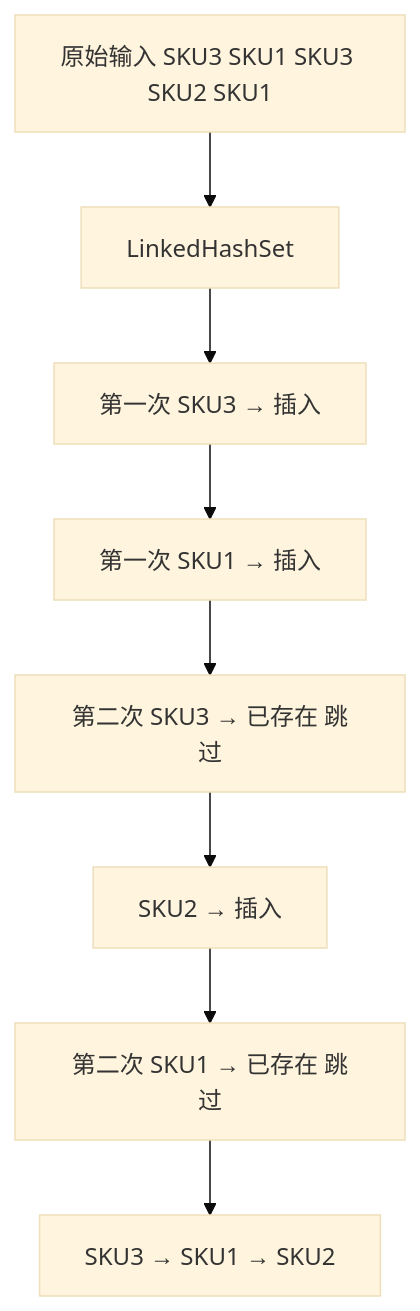
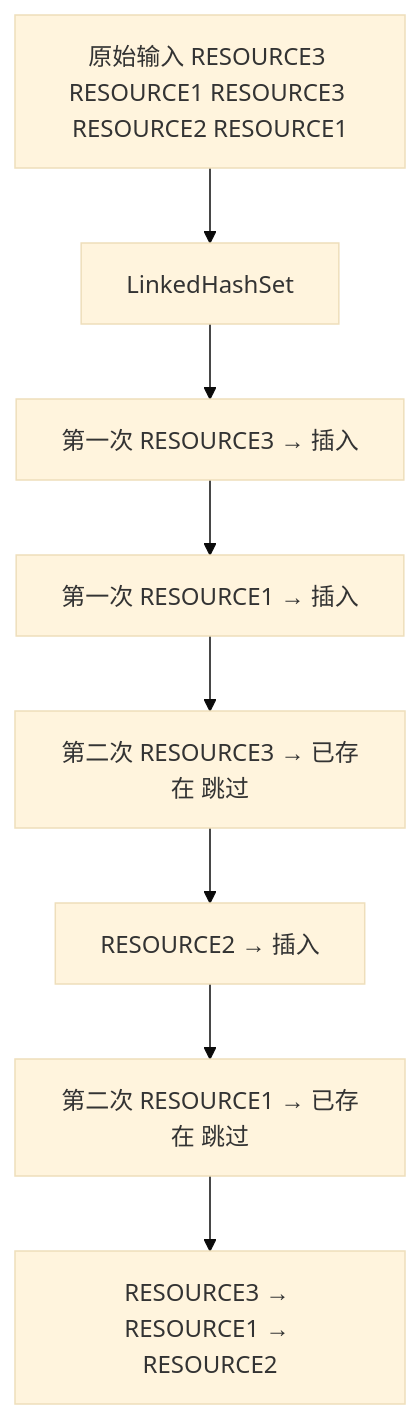
Diagram 31 of 45 in 02-集合框架/02-深度解析/HashSet与LinkedHashSet.md (xuegucheng/java-tech-review), drawn with Mermaid (base theme) before and after one commit. The commit also changed other lines of this file and 33 other files, not shown here.

````diff
--- a/02-集合框架/02-深度解析/HashSet与LinkedHashSet.md
+++ b/02-集合框架/02-深度解析/HashSet与LinkedHashSet.md
@@ -1420,12 +1420,12 @@
 ```mermaid
 flowchart TD
-    A[原始输入 SKU3 SKU1 SKU3 SKU2 SKU1] --> B[LinkedHashSet]
+    A[原始输入 RESOURCE3 RESOURCE1 RESOURCE3 RESOURCE2 RESOURCE1] --> B[LinkedHashSet]
 
-    B --> C1[第一次 SKU3 → 插入]
-    C1 --> C2[第一次 SKU1 → 插入]
-    C2 --> C3[第二次 SKU3 → 已存在 跳过]
-    C3 --> C4[SKU2 → 插入]
-    C4 --> C5[第二次 SKU1 → 已存在 跳过]
+    B --> C1[第一次 RESOURCE3 → 插入]
+    C1 --> C2[第一次 RESOURCE1 → 插入]
+    C2 --> C3[第二次 RESOURCE3 → 已存在 跳过]
+    C3 --> C4[RESOURCE2 → 插入]
+    C4 --> C5[第二次 RESOURCE1 → 已存在 跳过]
 
-    C5 --> D[SKU3 → SKU1 → SKU2]
+    C5 --> D[RESOURCE3 → RESOURCE1 → RESOURCE2]
 ```
````
